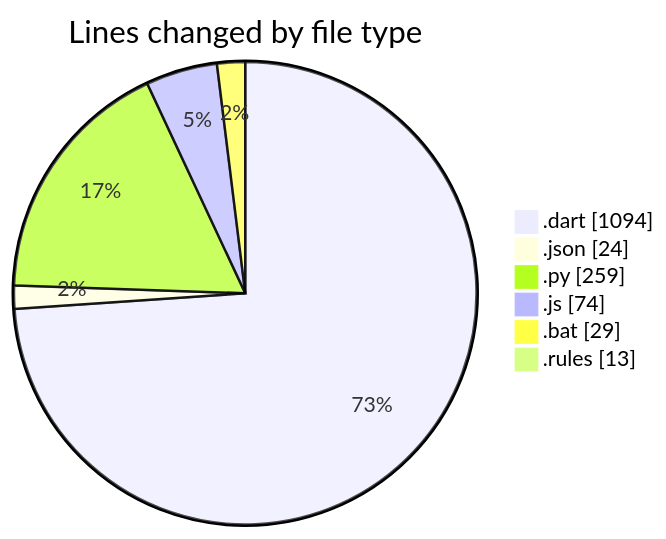
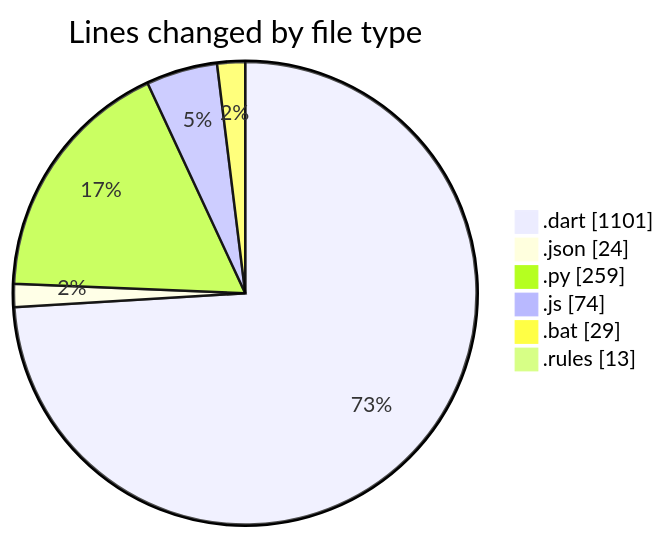
The first of 2 diagrams in 2025-08-04/studybuddy/README.md (lephambinh05/code-tracking), drawn with Mermaid before and after one commit. The commit also changed other lines of this file and 1 other file, not shown here.

````diff
--- a/2025-08-04/studybuddy/README.md
+++ b/2025-08-04/studybuddy/README.md
@@ -37,10 +37,10 @@
 ```mermaid
 pie showData
 title Lines changed by file type
-".dart" : 1094
+".dart" : 1101
 ".json" : 24
 ".py" : 259
 ".js" : 74
 ".bat" : 29
 ".rules" : 13
 ```
````
